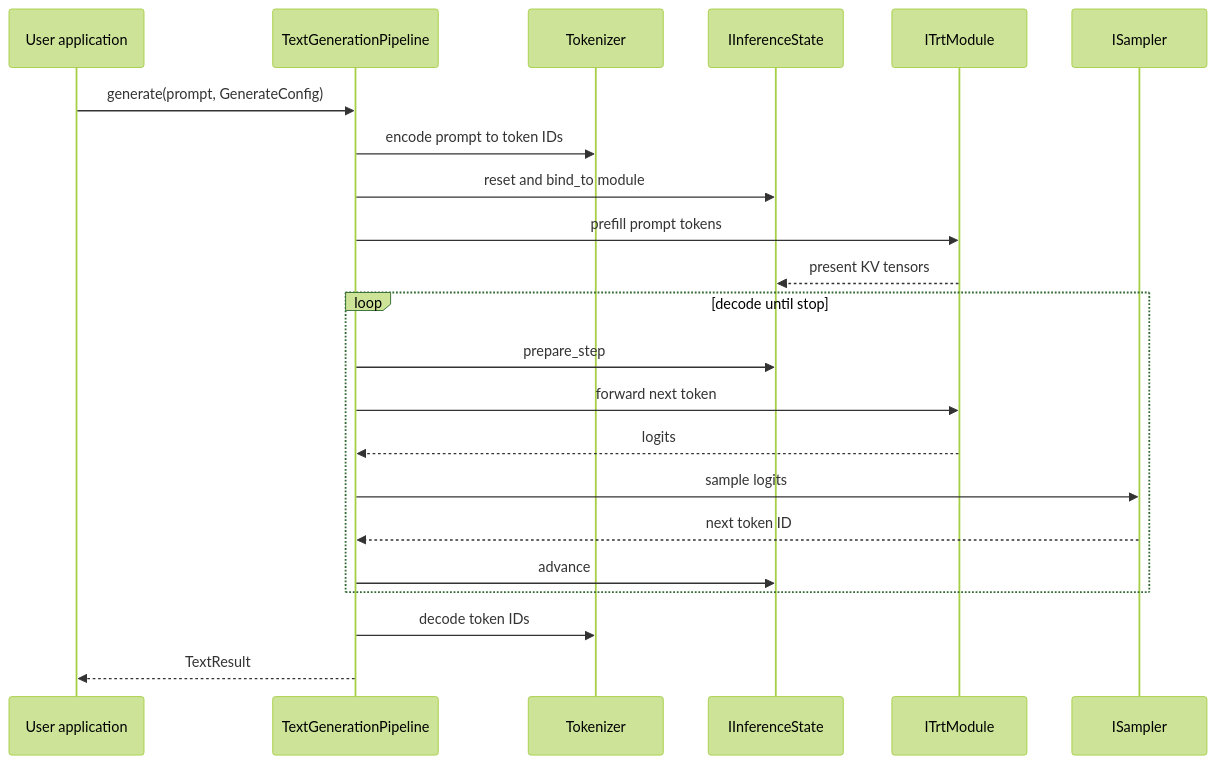
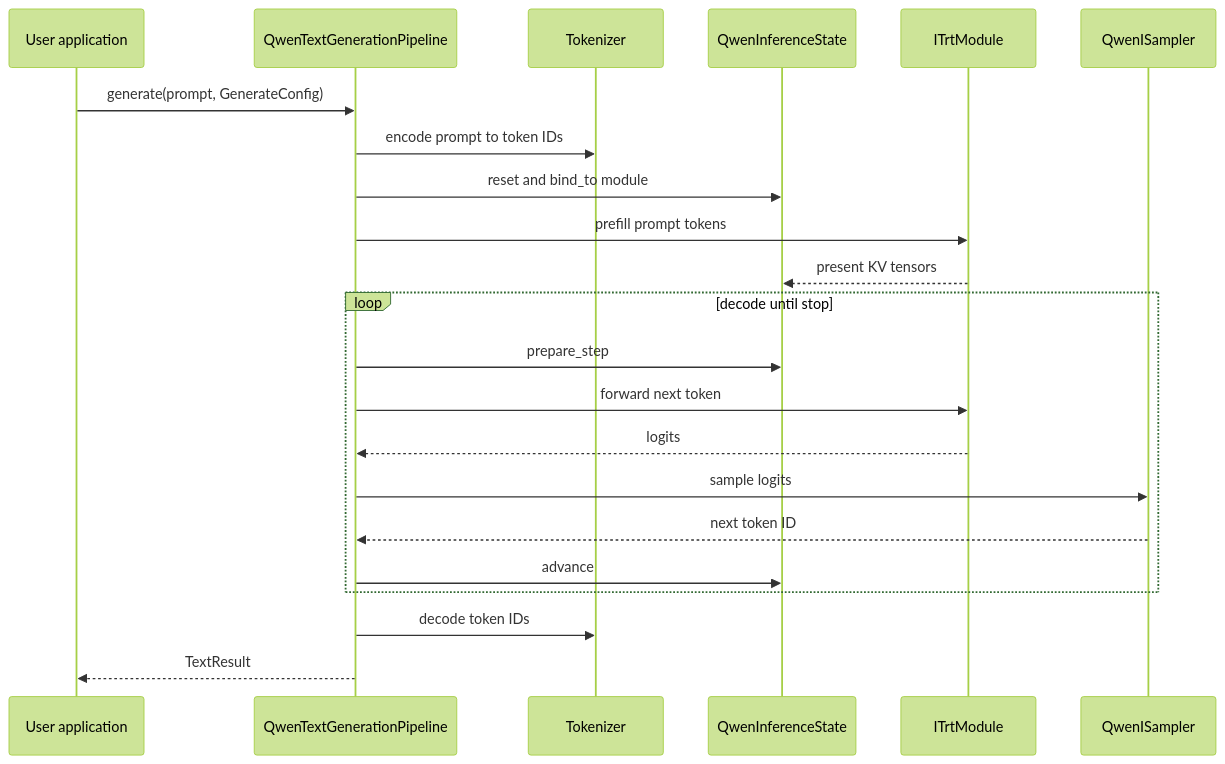
One commit to AbishekCoder1/TensorRT-Model-Connect changed the sixth of 6 diagrams in website/docs/architecture/overview.md. Above: the diagram before and after it, drawn with Mermaid (forest theme). The commit also changed other lines of this file and 83 other files, not shown here.

````diff
--- a/website/docs/architecture/overview.md
+++ b/website/docs/architecture/overview.md
@@ -232,25 +326,25 @@
 ```mermaid
 sequenceDiagram
   participant App as User application
-  participant Pipe as TextGenerationPipeline
+  participant Pipe as QwenTextGenerationPipeline
   participant Tok as Tokenizer
-  participant State as IInferenceState
+  participant State as QwenInferenceState
   participant Mod as ITrtModule
-  participant Samp as ISampler
+  participant Samp as QwenISampler
 
   App->>Pipe: generate(prompt, GenerateConfig)
   Pipe->>Tok: encode prompt to token IDs
   Pipe->>State: reset and bind_to module
   Pipe->>Mod: prefill prompt tokens
   Mod-->>State: present KV tensors
   loop decode until stop
     Pipe->>State: prepare_step
     Pipe->>Mod: forward next token
     Mod-->>Pipe: logits
     Pipe->>Samp: sample logits
     Samp-->>Pipe: next token ID
     Pipe->>State: advance
   end
   Pipe->>Tok: decode token IDs
   Pipe-->>App: TextResult
 ```
````
